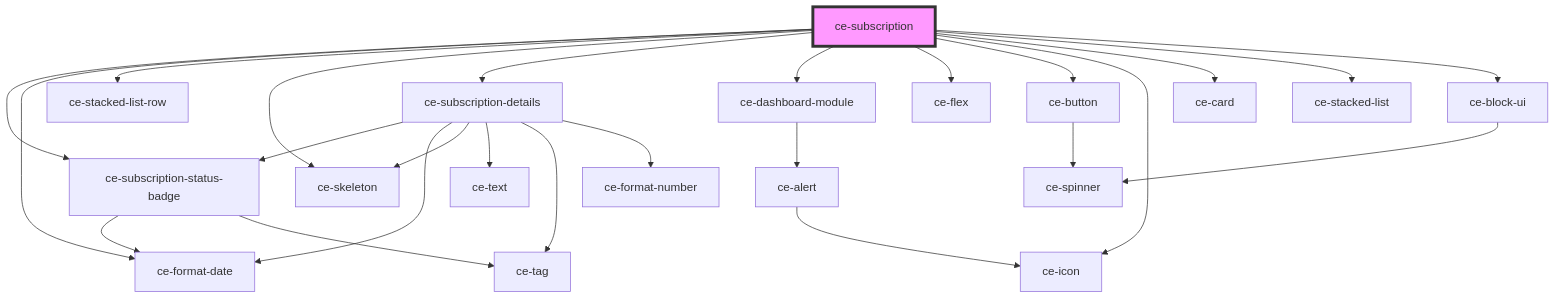
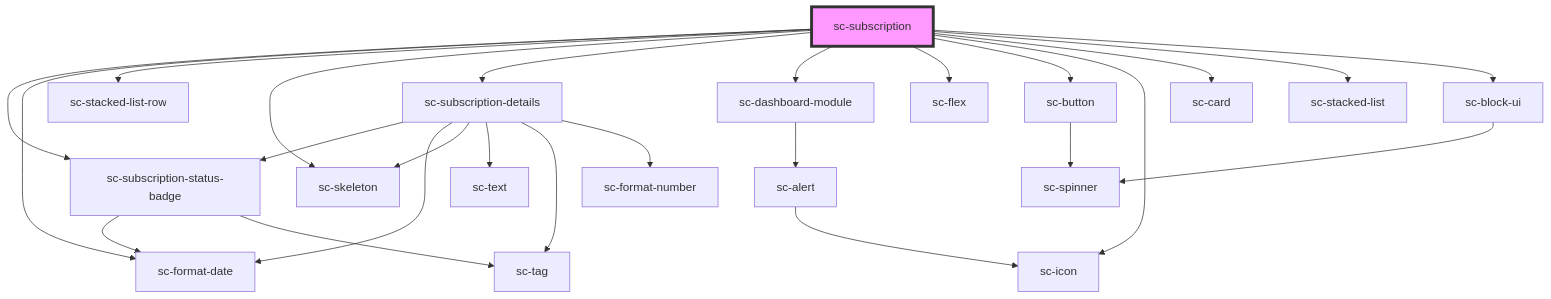
Before and after one commit to surecart/surecart-wp-plugin: the diagram in packages/components/src/components/controllers/dashboard/subscription/readme.md, drawn with Mermaid. The commit also changed other lines of this file and 1281 other files, not shown here.

````diff
--- a/packages/components/src/components/controllers/dashboard/subscription/readme.md
+++ b/packages/components/src/components/controllers/dashboard/subscription/readme.md
@@ -36,28 +36,28 @@
 ```mermaid
 graph TD;
-  ce-subscription --> ce-subscription-status-badge
-  ce-subscription --> ce-format-date
-  ce-subscription --> ce-stacked-list-row
-  ce-subscription --> ce-skeleton
-  ce-subscription --> ce-subscription-details
-  ce-subscription --> ce-dashboard-module
-  ce-subscription --> ce-flex
-  ce-subscription --> ce-button
-  ce-subscription --> ce-icon
-  ce-subscription --> ce-card
-  ce-subscription --> ce-stacked-list
-  ce-subscription --> ce-block-ui
-  ce-subscription-status-badge --> ce-format-date
-  ce-subscription-status-badge --> ce-tag
-  ce-subscription-details --> ce-subscription-status-badge
-  ce-subscription-details --> ce-format-date
-  ce-subscription-details --> ce-skeleton
-  ce-subscription-details --> ce-text
-  ce-subscription-details --> ce-tag
-  ce-subscription-details --> ce-format-number
-  ce-dashboard-module --> ce-alert
-  ce-alert --> ce-icon
-  ce-button --> ce-spinner
-  ce-block-ui --> ce-spinner
-  style ce-subscription fill:#f9f,stroke:#333,stroke-width:4px
+  sc-subscription --> sc-subscription-status-badge
+  sc-subscription --> sc-format-date
+  sc-subscription --> sc-stacked-list-row
+  sc-subscription --> sc-skeleton
+  sc-subscription --> sc-subscription-details
+  sc-subscription --> sc-dashboard-module
+  sc-subscription --> sc-flex
+  sc-subscription --> sc-button
+  sc-subscription --> sc-icon
+  sc-subscription --> sc-card
+  sc-subscription --> sc-stacked-list
+  sc-subscription --> sc-block-ui
+  sc-subscription-status-badge --> sc-format-date
+  sc-subscription-status-badge --> sc-tag
+  sc-subscription-details --> sc-subscription-status-badge
+  sc-subscription-details --> sc-format-date
+  sc-subscription-details --> sc-skeleton
+  sc-subscription-details --> sc-text
+  sc-subscription-details --> sc-tag
+  sc-subscription-details --> sc-format-number
+  sc-dashboard-module --> sc-alert
+  sc-alert --> sc-icon
+  sc-button --> sc-spinner
+  sc-block-ui --> sc-spinner
+  style sc-subscription fill:#f9f,stroke:#333,stroke-width:4px
 ```
````
